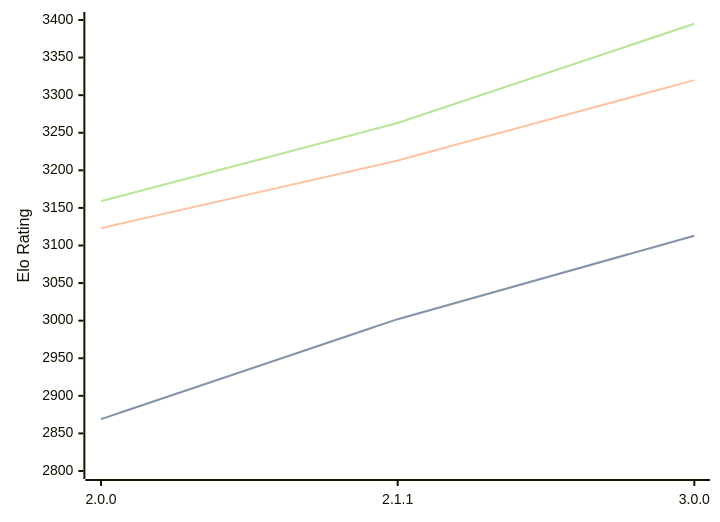
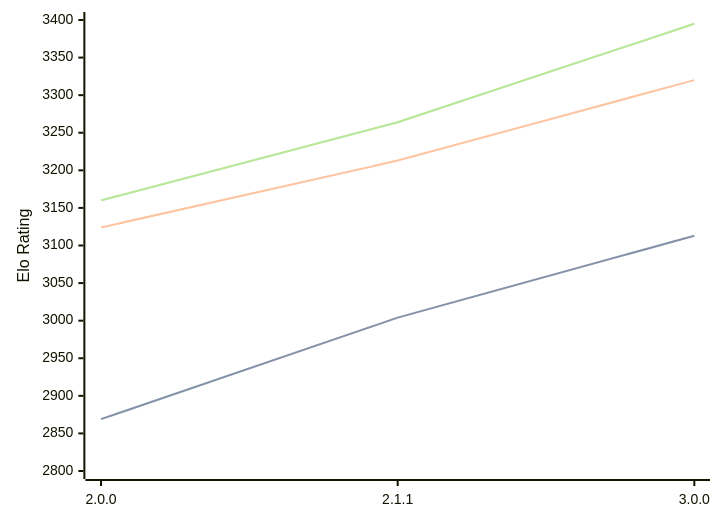
The diagram in engines/Bread.md (computer-chess-index/cci), drawn with Mermaid before and after one commit. The commit also changed other lines of this file, not shown here.

Commit message:
Update CCI Ratings (ELO VLTC) - 2026-10-08

````diff
--- a/engines/Bread.md
+++ b/engines/Bread.md
@@ -36,11 +36,11 @@
 ```mermaid
 %%{init: {"theme":"base","themeVariables":{"seriesColors:['#a3a3a3','#222221','#faa371']}}}%%
 xychart-beta
   x-axis ["2.0.0", "2.1.1", "3.0.0"]
   y-axis "Elo Rating" 2800 --> 3400
-  line "" [2869, 3002, 3113]
-  line "STC (8.0+0.08s)" [2869, 3002, 3113]
-  line "LTC (60.0+0.60s)" [3123, 3213, 3320]
-  line "" [3159, 3263, 3395]
-  line "VLTC (2m24s+1.12s)" [3159, 3263, 3395]
+  line "" [2869, 3004, 3113]
+  line "STC (8.0+0.08s)" [2869, 3004, 3113]
+  line "LTC (60.0+0.60s)" [3124, 3213, 3320]
+  line "" [3160, 3264, 3395]
+  line "VLTC (2m24s+1.12s)" [3160, 3264, 3395]
 ```
````
